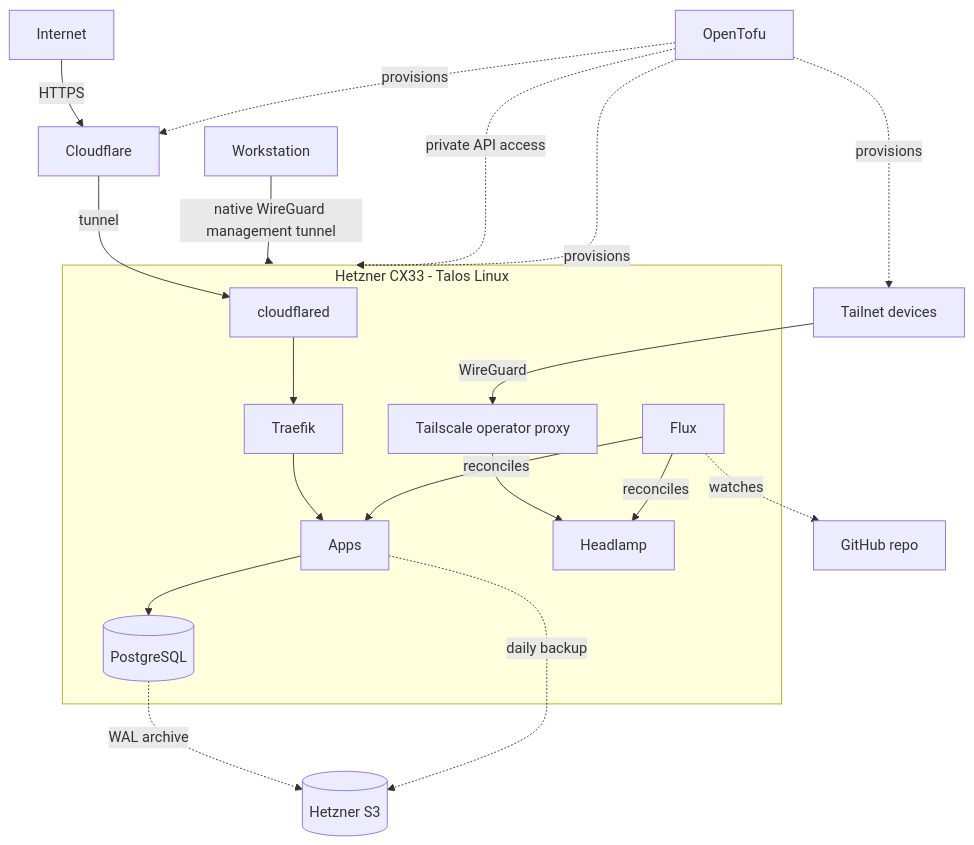
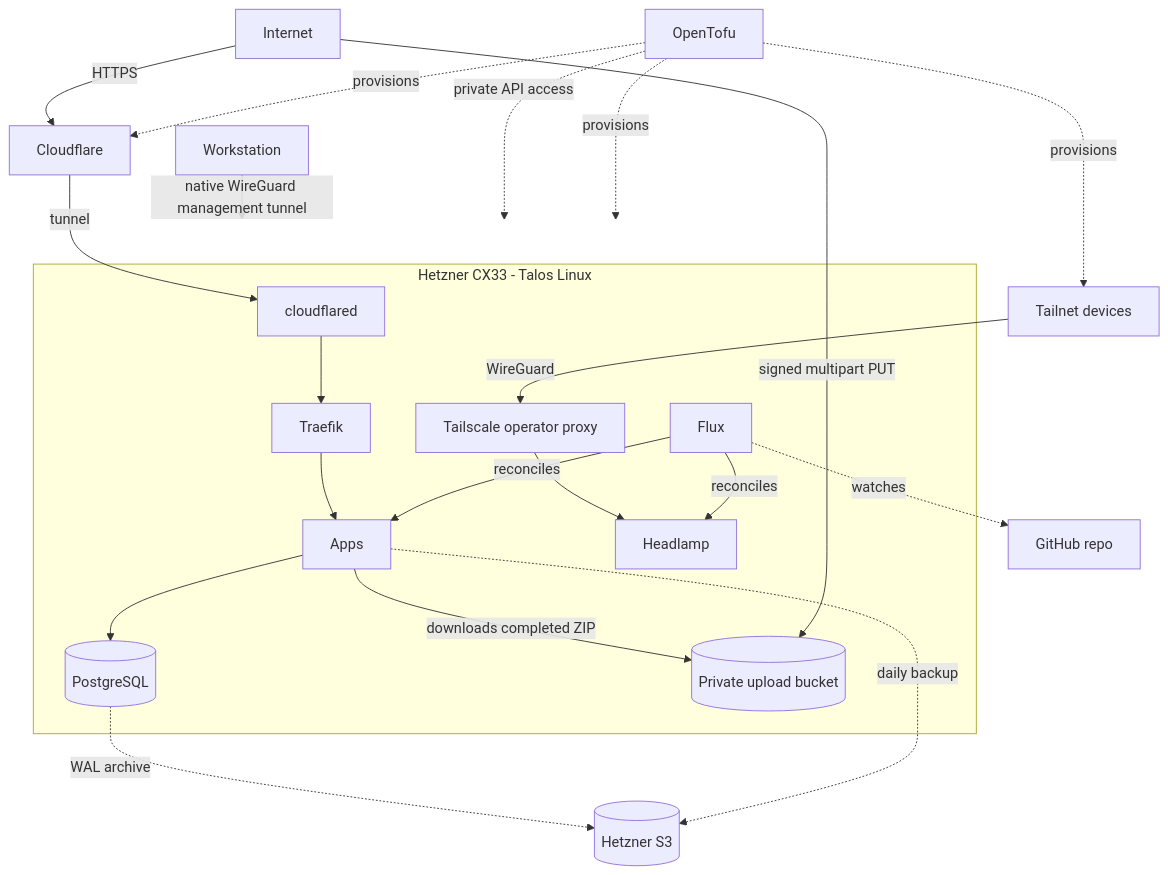
Before and after one commit to itay-raveh/infra: the diagram in README.md, drawn with Mermaid. The commit also changed other lines of this file and 12 other files, not shown here.

````diff
--- a/README.md
+++ b/README.md
@@ -10,20 +10,22 @@
 ```mermaid
 graph TD
     Internet -->|HTTPS| CF[Cloudflare]
     CF -->|tunnel| cloudflared
     Tailnet[Tailnet devices] -->|WireGuard| TSProxy[Tailscale operator proxy]
     Workstation -->|native WireGuard management tunnel| Server
     OpenTofu -.->|private API access| Server
     OpenTofu -.->|provisions| CF & Tailnet & Server
 
     subgraph Server["Hetzner CX33 - Talos Linux"]
         cloudflared --> Traefik --> Apps
         TSProxy --> Headlamp
         Apps --> CNPG[(PostgreSQL)]
+        Apps -->|downloads completed ZIP| UploadS3[(Private upload bucket)]
         Flux -->|reconciles| Apps & Headlamp
     end
 
     CNPG -.->|WAL archive| S3[(Hetzner S3)]
     Apps -.->|daily backup| S3
+    Internet -->|signed multipart PUT| UploadS3
     Flux -.->|watches| Git[GitHub repo]
 ```
````
